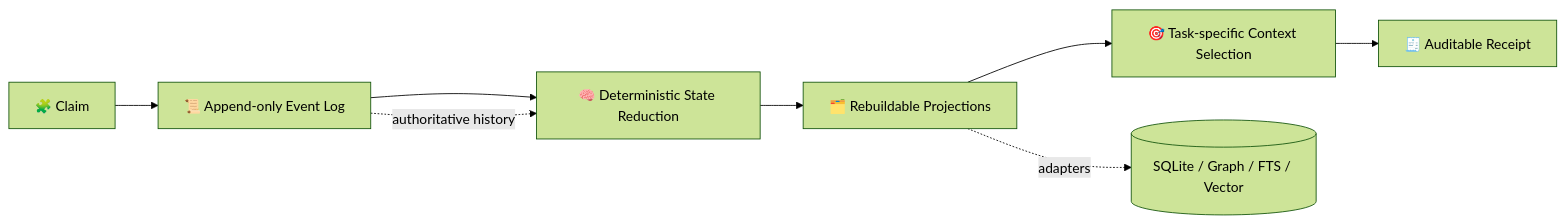
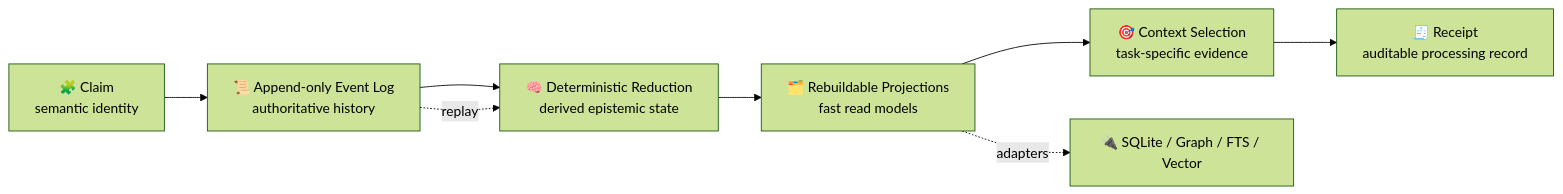
One commit to velantrian/velantrim-native-kernel changed the first of 3 diagrams in README.md. Above: the diagram before and after it, drawn with Mermaid (forest theme). The commit also changed other lines of this file and 6 other files, not shown here.

First line of the commit message:
docs: define source-verified and long-horizon Native Kernel architecture (#5)

````diff
--- a/README.md
+++ b/README.md
@@ -49,11 +374,11 @@
 ```mermaid
 flowchart LR
-    C["🧩 Claim"] --> E["📜 Append-only Event Log"]
-    E --> S["🧠 Deterministic State Reduction"]
-    S --> P["🗂️ Rebuildable Projections"]
-    P --> X["🎯 Task-specific Context Selection"]
-    X --> R["🧾 Auditable Receipt"]
+    C["🧩 Claim<br/>semantic identity"] --> E["📜 Append-only Event Log<br/>authoritative history"]
+    E --> S["🧠 Deterministic Reduction<br/>derived epistemic state"]
+    S --> P["🗂️ Rebuildable Projections<br/>fast read models"]
+    P --> X["🎯 Context Selection<br/>task-specific evidence"]
+    X --> R["🧾 Receipt<br/>auditable processing record"]
 
-    P -. adapters .-> A[(SQLite / Graph / FTS / Vector)]
-    E -. authoritative history .-> S
+    P -. adapters .-> A["🔌 SQLite / Graph / FTS / Vector"]
+    E -. replay .-> S
 ```
````
